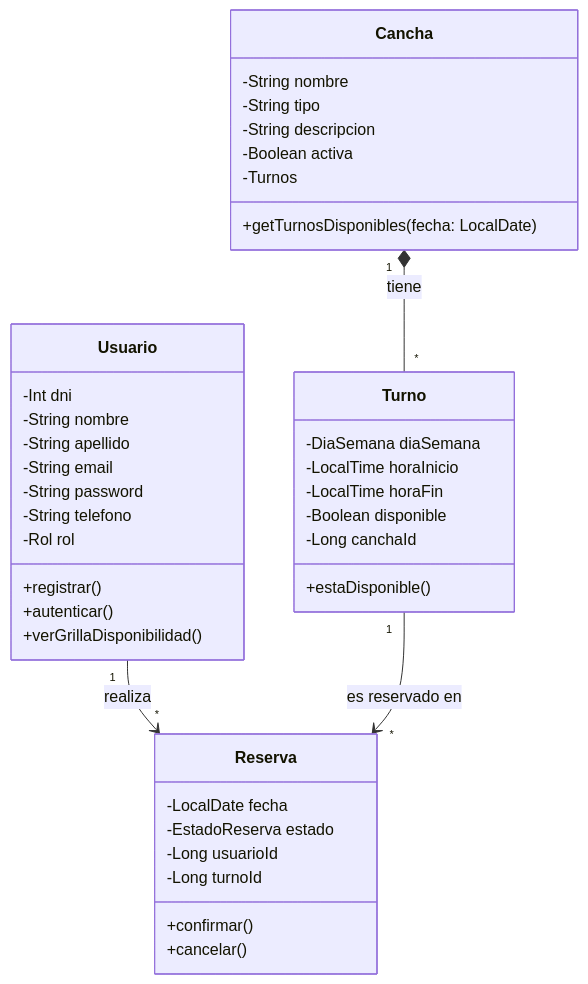
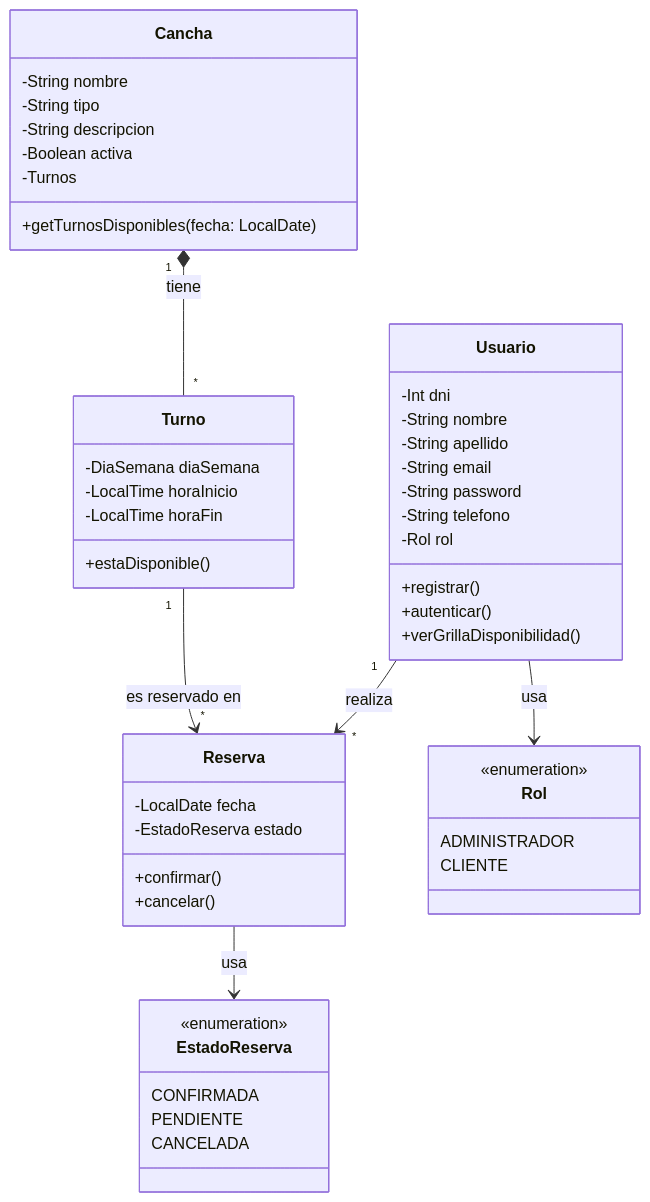
The diagram in modeloClases.md (Instituto-Politecnico-Modelo/2026-MTN-TP3-docs-Miceli-Tabuada), drawn with Mermaid before and after one commit. The commit also changed 2 other files, not shown here.

Commit message:
diagramas corregidos y casos de uso

````diff
--- a/modeloClases.md
+++ b/modeloClases.md
@@ -5,46 +5,57 @@
 ```mermaid
 classDiagram
     class Usuario {
         -Int dni
         -String nombre
         -String apellido
         -String email
         -String password
         -String telefono
         -Rol rol
         +registrar()
         +autenticar()
         +verGrillaDisponibilidad()
     }
 
     class Cancha {
         -String nombre
         -String tipo
         -String descripcion
         -Boolean activa
         -Turnos
         +getTurnosDisponibles(fecha: LocalDate)
     }
 
     class Turno {
         -DiaSemana diaSemana
         -LocalTime horaInicio
         -LocalTime horaFin
-        -Boolean disponible
-        -Long canchaId
         +estaDisponible()
     }
 
     class Reserva {
         -LocalDate fecha
         -EstadoReserva estado
-        -Long usuarioId
-        -Long turnoId
         +confirmar()
         +cancelar()
+    }
+
+    class Rol {
+        <<enumeration>>
+        ADMINISTRADOR
+        CLIENTE
+    }
+
+    class EstadoReserva {
+        <<enumeration>>
+        CONFIRMADA
+        PENDIENTE
+        CANCELADA
     }
 
     Cancha "1" *-- "*" Turno : tiene
     Usuario "1" --> "*" Reserva : realiza
     Turno "1" --> "*" Reserva : es reservado en
+    Usuario --> Rol : usa
+    Reserva --> EstadoReserva : usa
 ```
````
